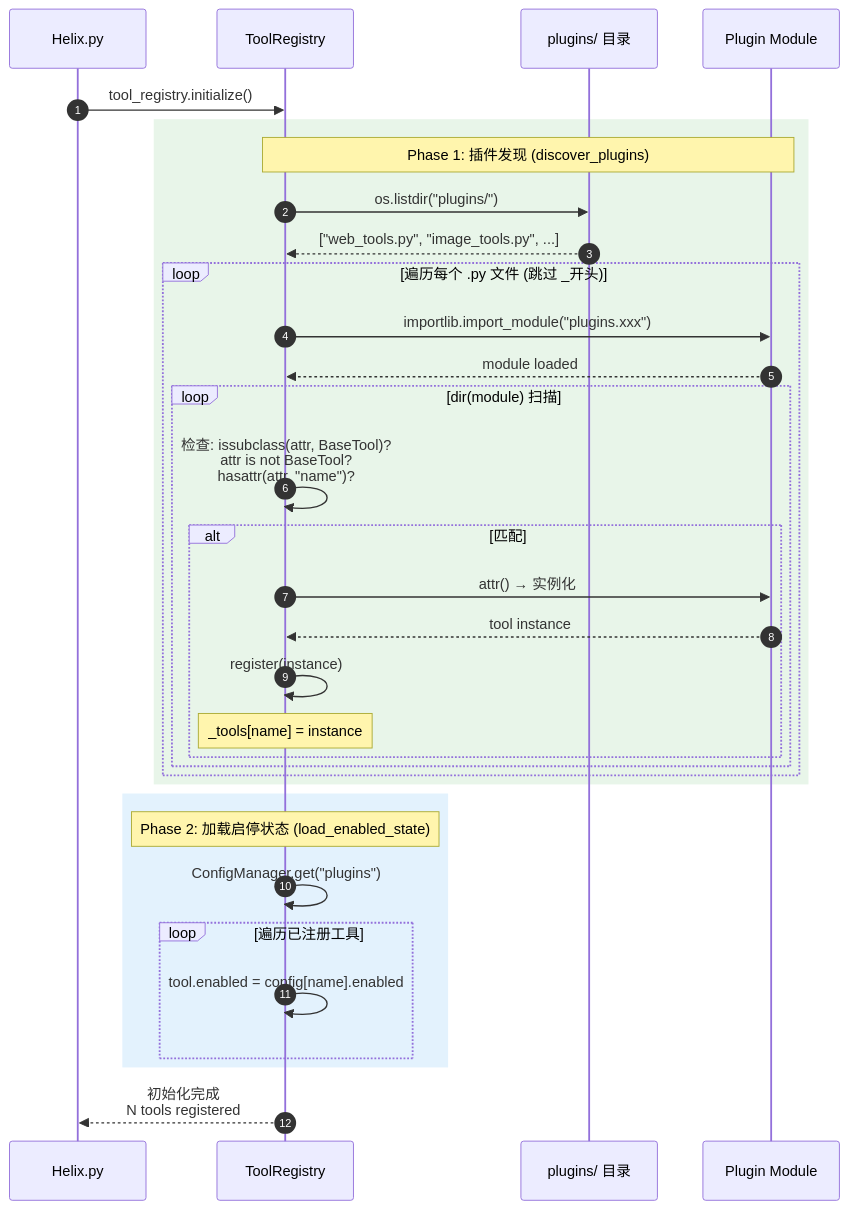
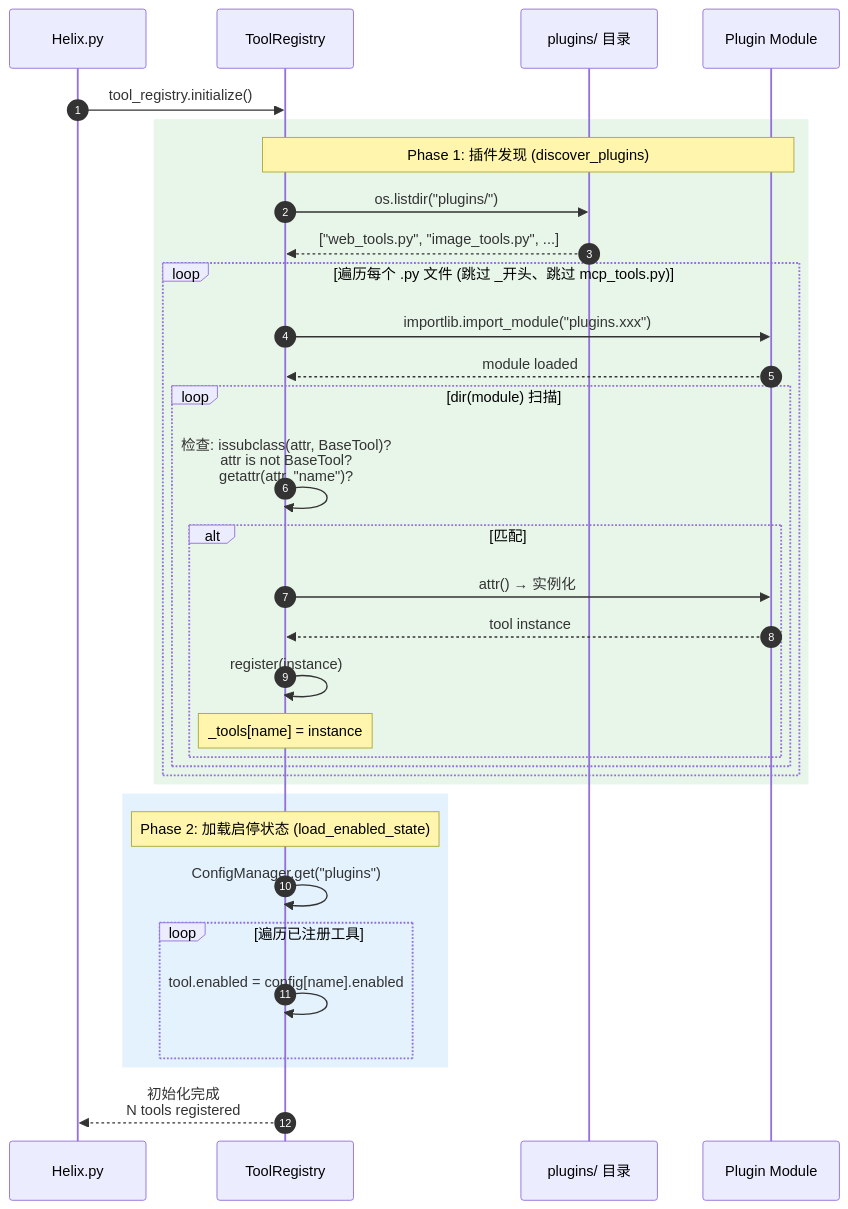
Before and after one commit to jimmylang74/Helix: the tenth of 16 diagrams in doc/design.md, drawn with Mermaid. The commit also changed other lines of this file, not shown here.

````diff
--- a/doc/design.md
+++ b/doc/design.md
@@ -621,41 +641,41 @@
 ```mermaid
 sequenceDiagram
     autonumber
     participant Server as Helix.py
     participant TR as ToolRegistry
     participant FS as plugins/ 目录
     participant Module as Plugin Module
 
     Server->>TR: tool_registry.initialize()
 
     rect rgb(232, 245, 233)
         Note over TR,Module: Phase 1: 插件发现 (discover_plugins)
         TR->>FS: os.listdir("plugins/")
         FS-->>TR: ["web_tools.py", "image_tools.py", ...]
 
-        loop 遍历每个 .py 文件 (跳过 _开头)
+        loop 遍历每个 .py 文件 (跳过 _开头、跳过 mcp_tools.py)
             TR->>Module: importlib.import_module("plugins.xxx")
             Module-->>TR: module loaded
 
             loop dir(module) 扫描
-                TR->>TR: 检查: issubclass(attr, BaseTool)?<br/>attr is not BaseTool?<br/>hasattr(attr, "name")?
+                TR->>TR: 检查: issubclass(attr, BaseTool)?<br/>attr is not BaseTool?<br/>getattr(attr, "name")?
                 alt 匹配
                     TR->>Module: attr() → 实例化
                     Module-->>TR: tool instance
                     TR->>TR: register(instance)
                     Note over TR: _tools[name] = instance
                 end
             end
         end
     end
 
     rect rgb(227, 242, 253)
         Note over TR: Phase 2: 加载启停状态 (load_enabled_state)
         TR->>TR: ConfigManager.get("plugins")
         loop 遍历已注册工具
             TR->>TR: tool.enabled = config[name].enabled
         end
     end
 
     TR-->>Server: 初始化完成<br/>N tools registered
 ```
````
